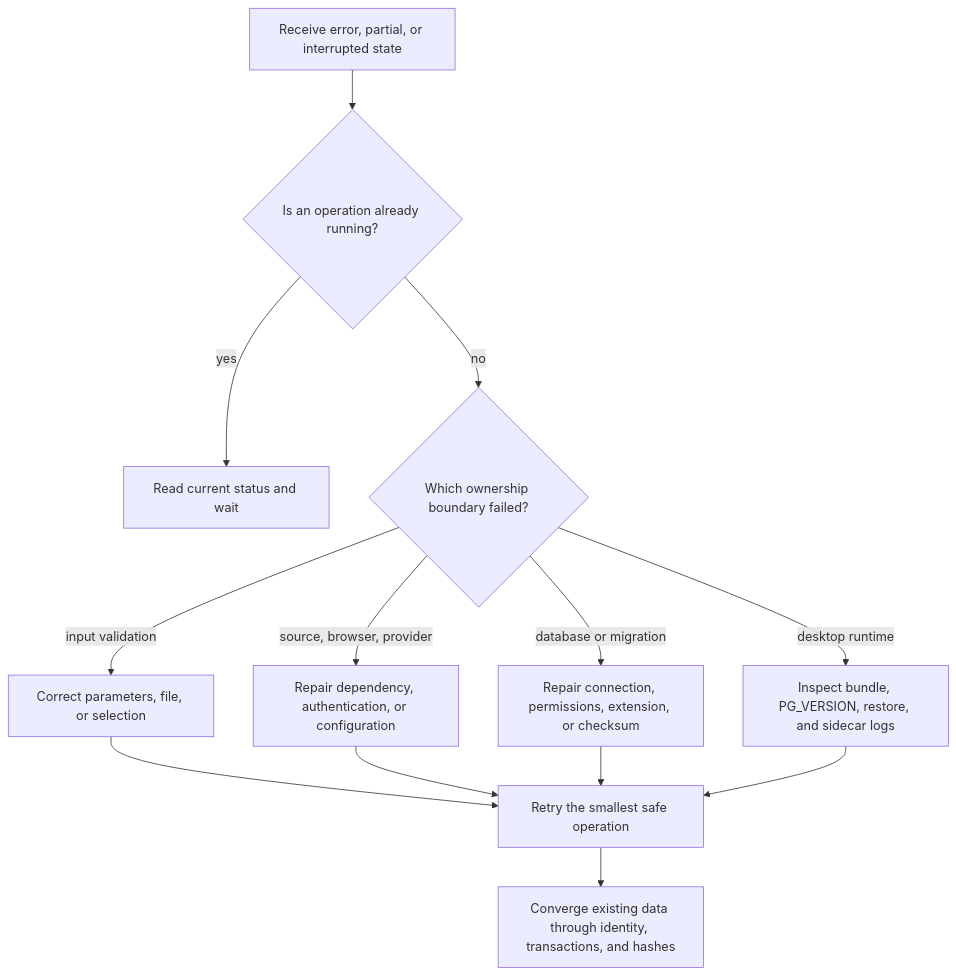
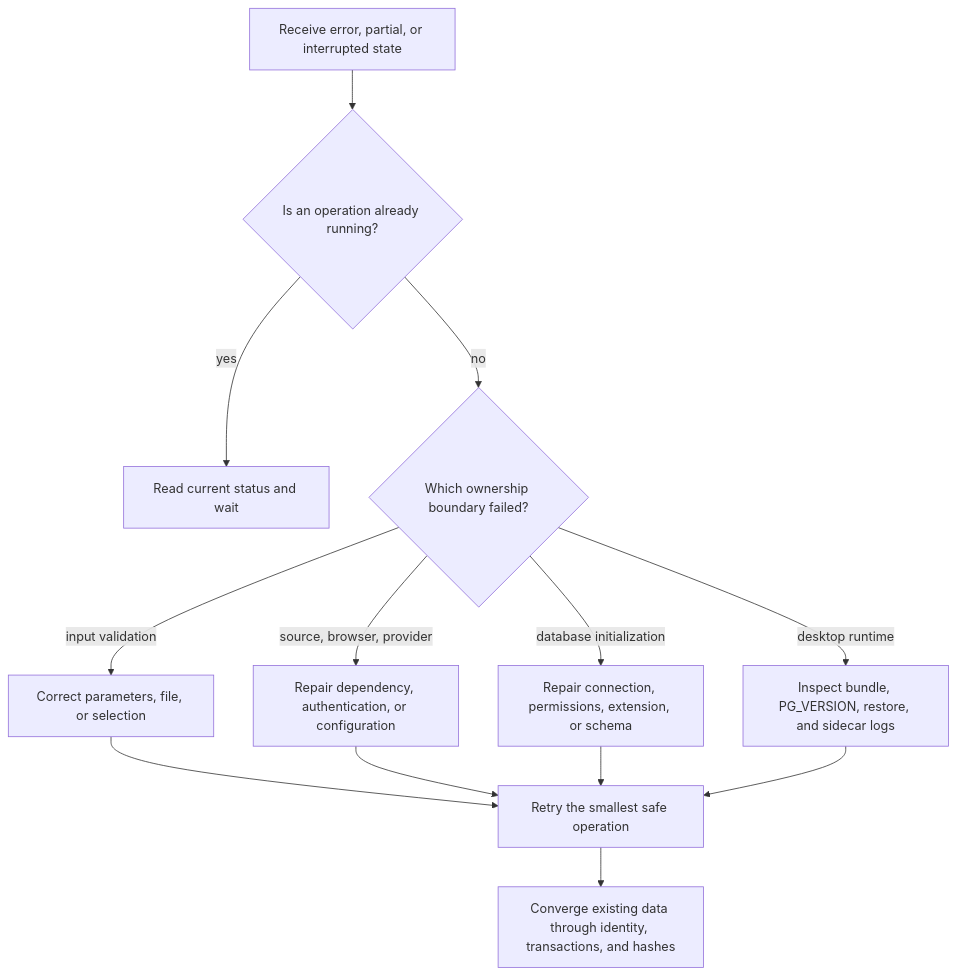
The diagram in docs/RELIABILITY_AND_RECOVERY.md (KaiusJin/WeCanFindIntern), drawn with Mermaid before and after one commit. The commit also changed other lines of this file and 54 other files, not shown here.

````diff
--- a/docs/RELIABILITY_AND_RECOVERY.md
+++ b/docs/RELIABILITY_AND_RECOVERY.md
@@ -10,15 +10,15 @@
 ```mermaid
 flowchart TD
     A[Receive error, partial, or interrupted state] --> B{Is an operation already running?}
     B -->|yes| C[Read current status and wait]
     B -->|no| D{Which ownership boundary failed?}
     D -->|input validation| E[Correct parameters, file, or selection]
     D -->|source, browser, provider| F[Repair dependency, authentication, or configuration]
-    D -->|database or migration| G[Repair connection, permissions, extension, or checksum]
+    D -->|database initialization| G[Repair connection, permissions, extension, or schema]
     D -->|desktop runtime| H[Inspect bundle, PG_VERSION, restore, and sidecar logs]
     E --> I[Retry the smallest safe operation]
     F --> I
     G --> I
     H --> I
     I --> J[Converge existing data through identity, transactions, and hashes]
 ```
````
